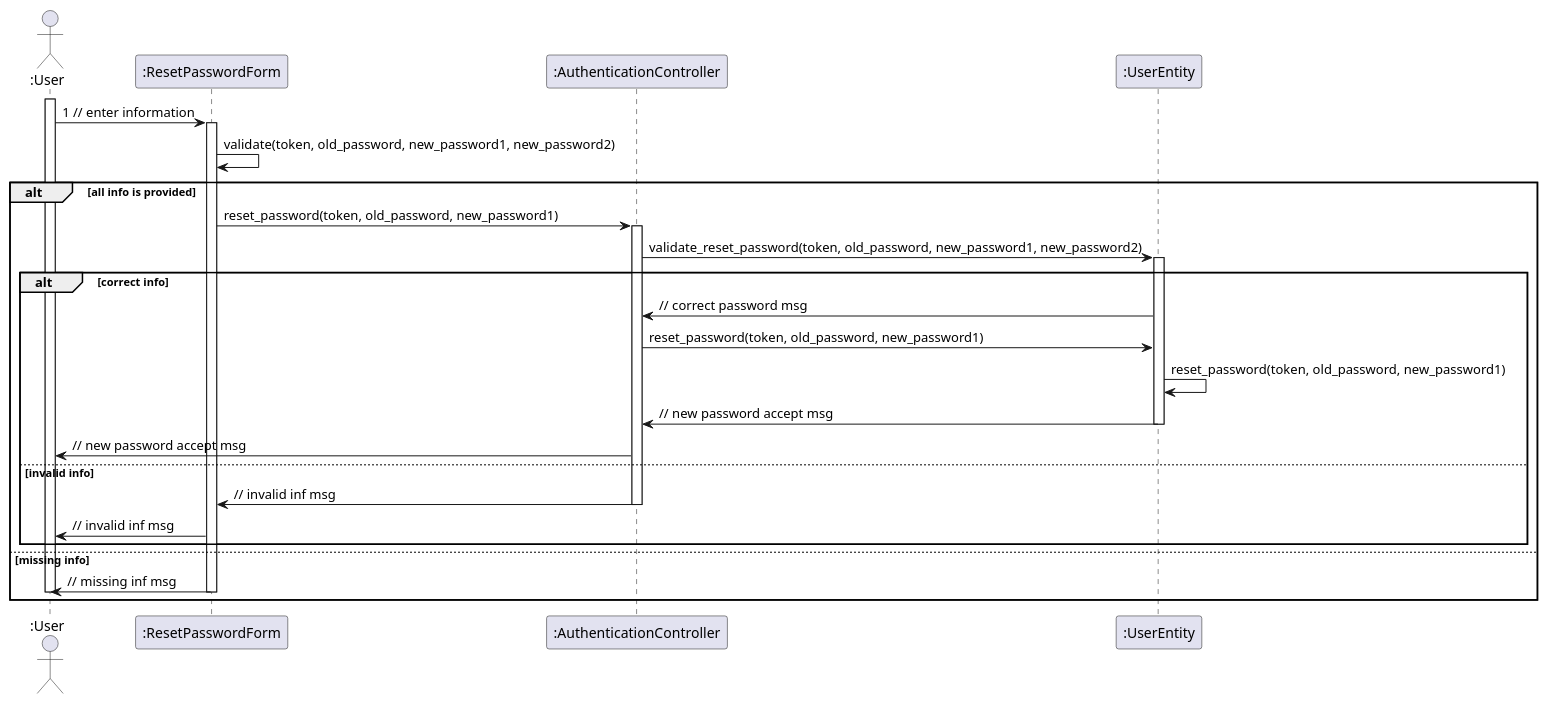
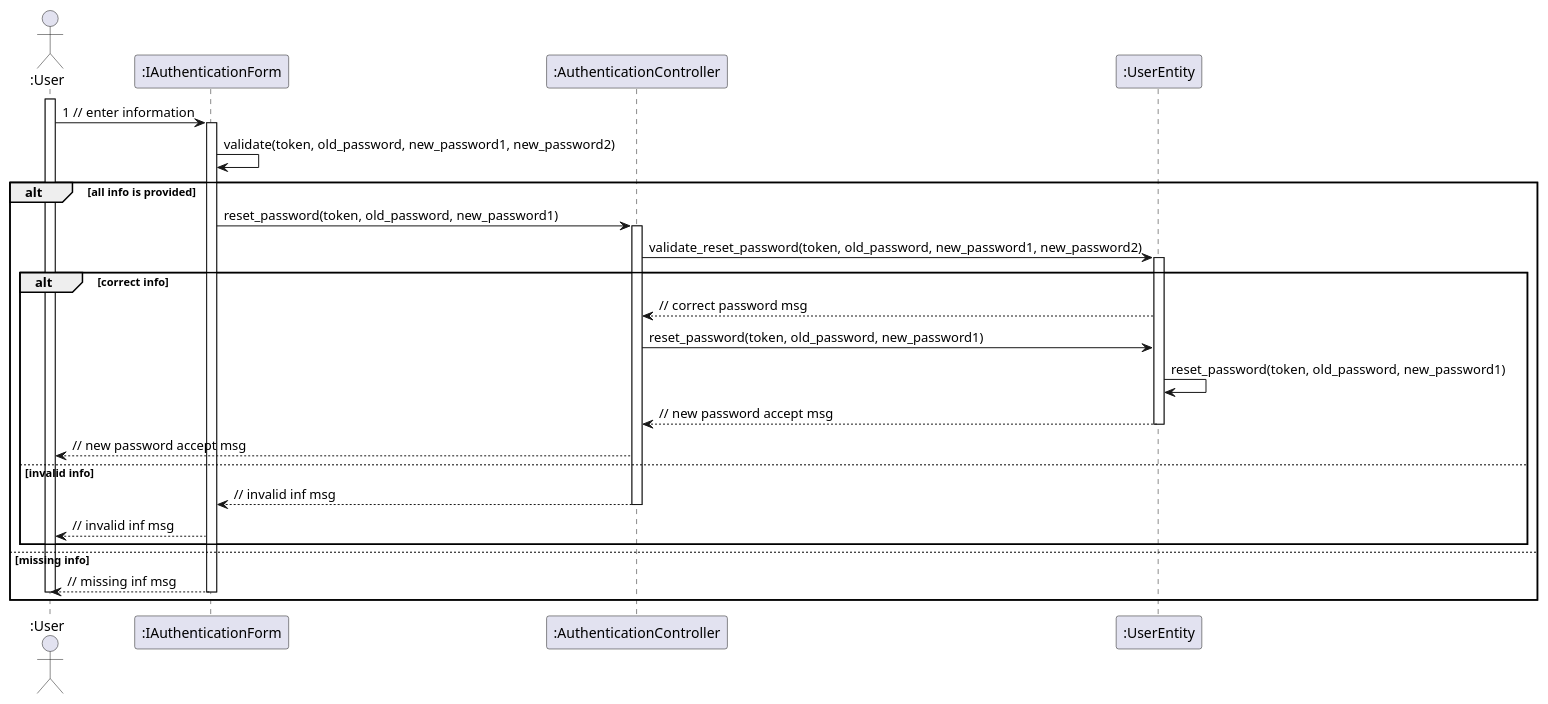
Before and after one commit to anonyhostvn/OOAD-Diagram: the diagram in sequence - design/authentication/resetPassword.plantuml, drawn with PlantUML. The commit also changed 14 other files, not shown here.

Commit message:
sequenceDiagramAuthenticationUpdateFull

```diff
--- a/sequence - design/authentication/resetPassword.plantuml
+++ b/sequence - design/authentication/resetPassword.plantuml
@@ -1,40 +1,40 @@
 @startuml
 actor ":User"
 
 activate ":User"
-":User" -> ":ResetPasswordForm" : 1 // enter information
-activate ":ResetPasswordForm"
-":ResetPasswordForm" -> ":ResetPasswordForm" : validate(token, old_password, new_password1, new_password2)
+":User" -> ":IAuthenticationForm" : 1 // enter information
+activate ":IAuthenticationForm"
+":IAuthenticationForm" -> ":IAuthenticationForm" : validate(token, old_password, new_password1, new_password2)
 
 alt all info is provided
 
-":ResetPasswordForm" -> ":AuthenticationController" : reset_password(token, old_password, new_password1)
+":IAuthenticationForm" -> ":AuthenticationController" : reset_password(token, old_password, new_password1)
 activate ":AuthenticationController"
 ":AuthenticationController" -> ":UserEntity" : validate_reset_password(token, old_password, new_password1, new_password2)
 
 alt correct info
 activate ":UserEntity"
-":UserEntity" -> ":AuthenticationController" : // correct password msg
+":UserEntity" --> ":AuthenticationController" : // correct password msg
 ":AuthenticationController" -> ":UserEntity" : reset_password(token, old_password, new_password1)
 
 
 ":UserEntity" -> ":UserEntity" : reset_password(token, old_password, new_password1)
-":UserEntity" -> ":AuthenticationController" : // new password accept msg
+":UserEntity" --> ":AuthenticationController" : // new password accept msg
 deactivate ":UserEntity"
-":AuthenticationController" -> ":User" : // new password accept msg
+":AuthenticationController" --> ":User" : // new password accept msg
 
 else invalid info
 
-":AuthenticationController" -> ":ResetPasswordForm" : // invalid inf msg
+":AuthenticationController" --> ":IAuthenticationForm" : // invalid inf msg
 deactivate ":AuthenticationController"
-":ResetPasswordForm" -> ":User" : // invalid inf msg
+":IAuthenticationForm" --> ":User" : // invalid inf msg
 
 end
 
 else missing info
 
-":ResetPasswordForm" -> ":User" : // missing inf msg
-deactivate ":ResetPasswordForm"
+":IAuthenticationForm" --> ":User" : // missing inf msg
+deactivate ":IAuthenticationForm"
 deactivate ":User"
 end
 @enduml
```
